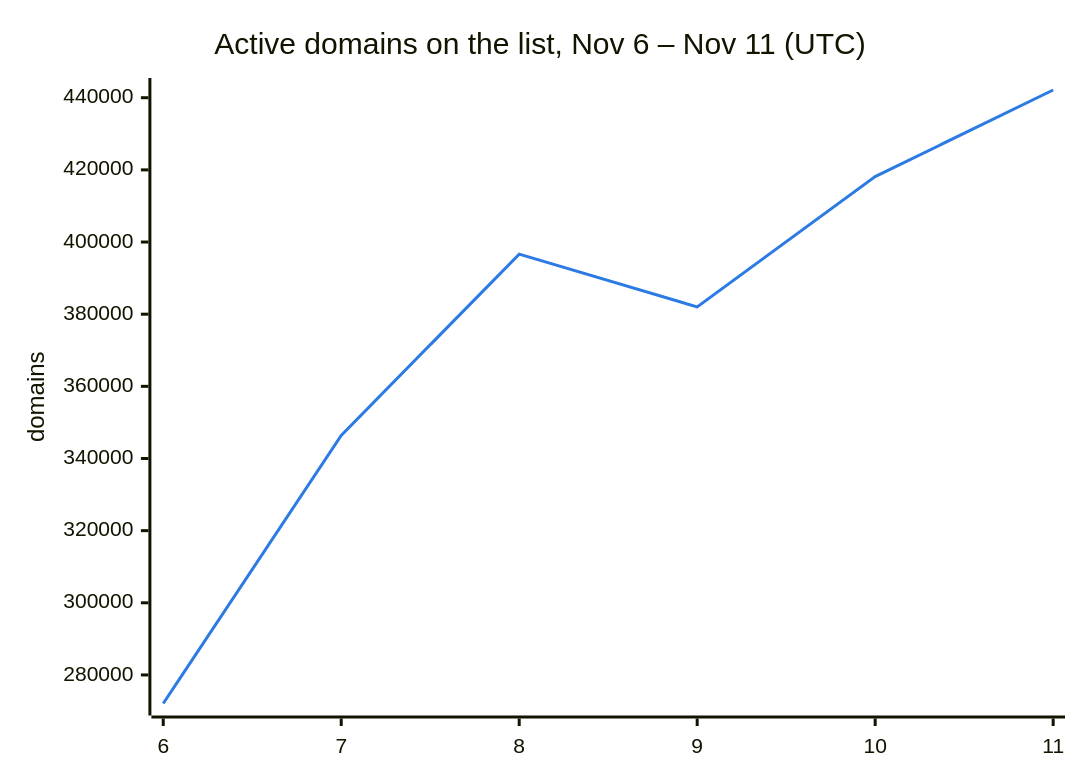
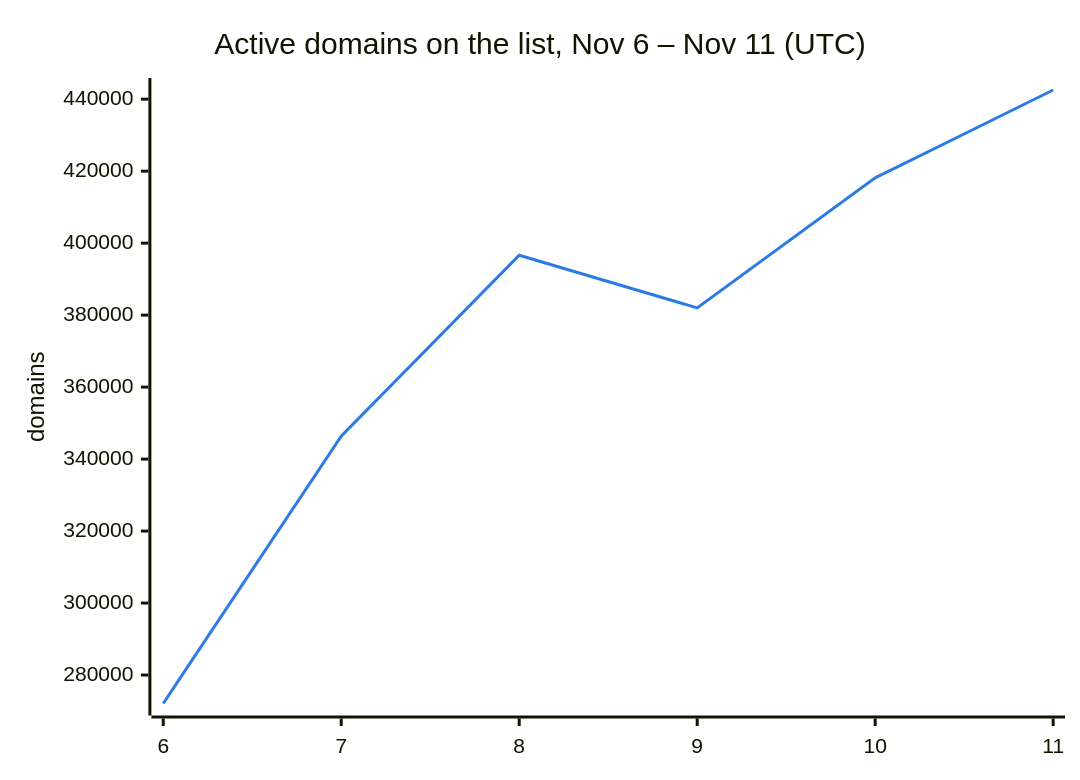
One commit to DNSBunker/CTI changed the second of 3 diagrams in README.md. Above: the diagram before and after it, drawn with Mermaid. The commit also changed other lines of this file and 3 other files, not shown here.

````diff
--- a/README.md
+++ b/README.md
@@ -38,8 +38,8 @@
 ```mermaid
 %%{init: {"themeVariables": {"xyChart": {"plotColorPalette": "#2c7be5"}}}}%%
 xychart-beta
     title "Active domains on the list, Nov 6 – Nov 11 (UTC)"
     x-axis ["6", "7", "8", "9", "10", "11"]
     y-axis "domains"
-    line [272088, 346388, 396638, 382009, 418143, 442141]
+    line [272088, 346388, 396638, 382009, 418143, 442549]
 ```
````
